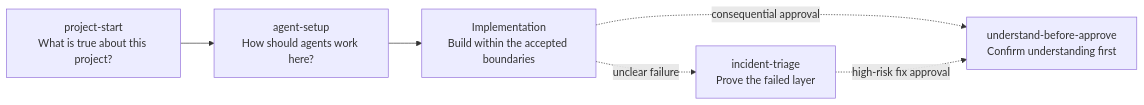
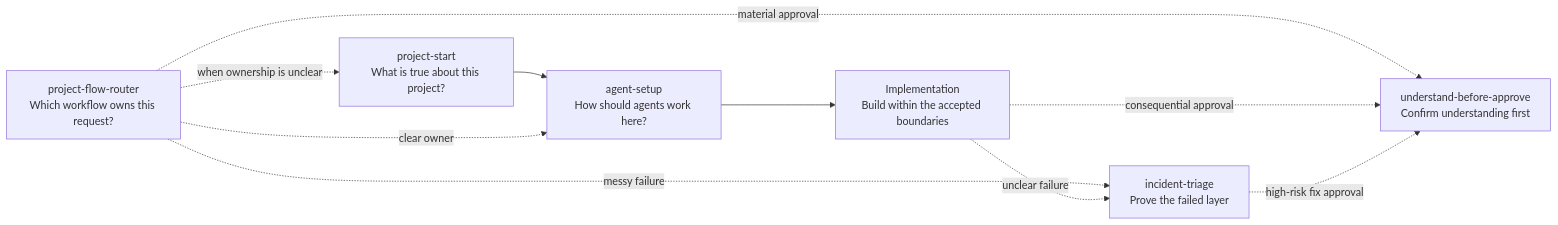
The third of 3 diagrams in README.md (DanielJD1216/Jinni-Skills.md), drawn with Mermaid before and after one commit. The commit also changed other lines of this file and 15 other files, not shown here.

Commit message:
feat: publish project flow router

````diff
--- a/README.md
+++ b/README.md
@@ -41,8 +59,12 @@
 ```mermaid
 flowchart LR
+    R["project-flow-router<br/>Which workflow owns this request?"] -.->|when ownership is unclear| P
     P["project-start<br/>What is true about this project?"] --> A["agent-setup<br/>How should agents work here?"]
     A --> B["Implementation<br/>Build within the accepted boundaries"]
+    R -.->|clear owner| A
+    R -.->|messy failure| I
+    R -.->|material approval| U
     B -.->|unclear failure| I["incident-triage<br/>Prove the failed layer"]
     B -.->|consequential approval| U["understand-before-approve<br/>Confirm understanding first"]
     I -.->|high-risk fix approval| U
 ```
````
